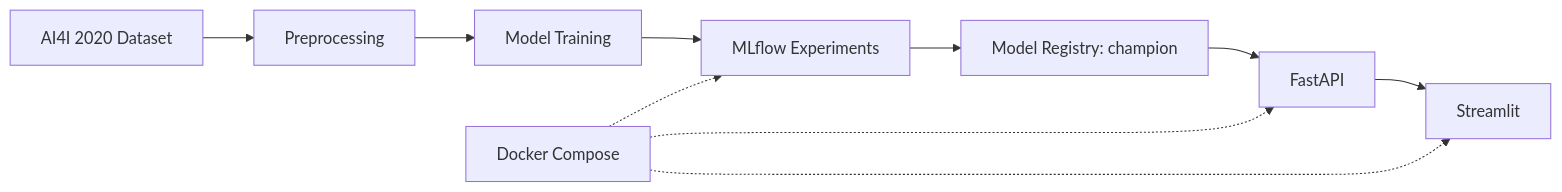
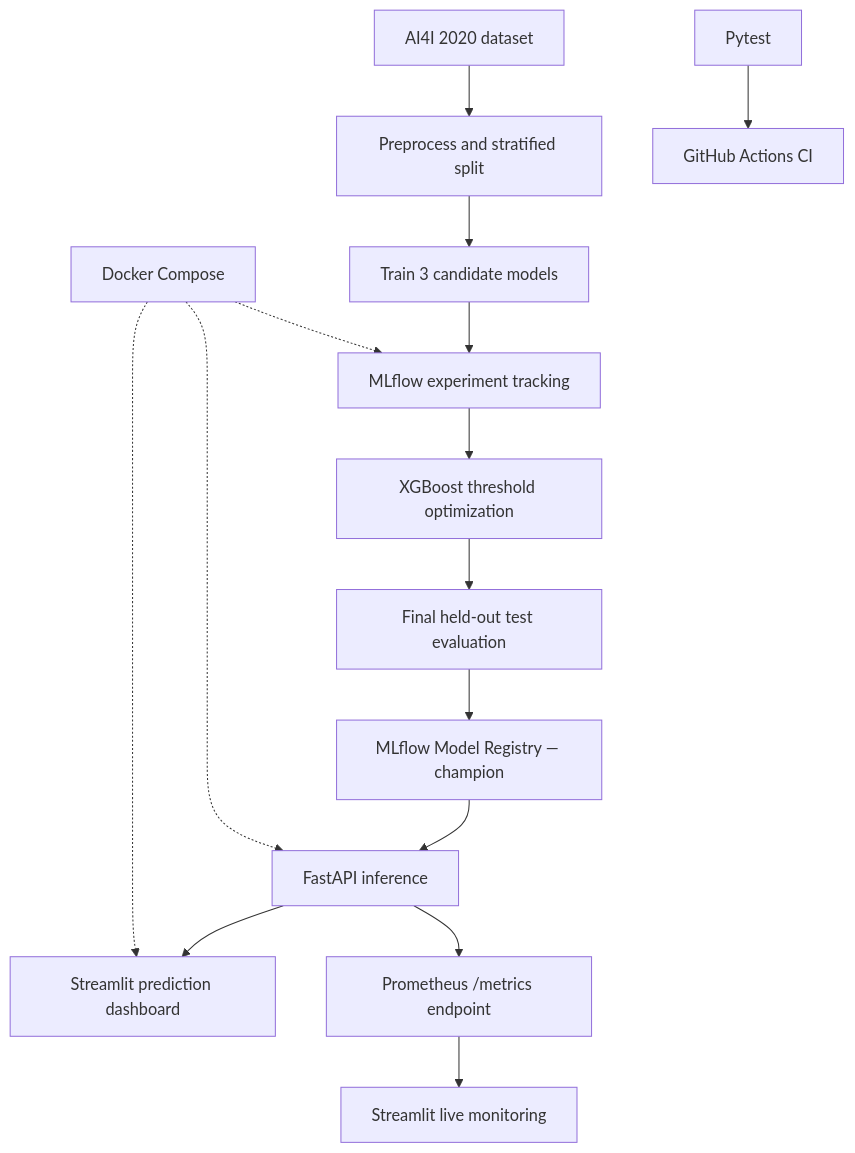
One commit to YoussefMouhi/MLflowOps changed the diagram in README.md. Above: the diagram before and after it, drawn with Mermaid. The commit also changed other lines of this file, not shown here.

Commit message:
docs: fully document MLflowOps CI and live monitoring

````diff
--- a/README.md
+++ b/README.md
@@ -13,12 +29,17 @@
 ```mermaid
-flowchart LR
-    A["AI4I 2020 Dataset"] --> B["Preprocessing"]
-    B --> C["Model Training"]
-    C --> D["MLflow Experiments"]
-    D --> E["Model Registry: champion"]
-    E --> F["FastAPI"]
-    F --> G["Streamlit"]
-    H["Docker Compose"] -.-> D
-    H -.-> F
-    H -.-> G
+flowchart TD
+    A["AI4I 2020 dataset"] --> B["Preprocess and stratified split"]
+    B --> C["Train 3 candidate models"]
+    C --> D["MLflow experiment tracking"]
+    D --> E["XGBoost threshold optimization"]
+    E --> F["Final held-out test evaluation"]
+    F --> G["MLflow Model Registry — champion"]
+    G --> H["FastAPI inference"]
+    H --> I["Streamlit prediction dashboard"]
+    H --> J["Prometheus /metrics endpoint"]
+    J --> K["Streamlit live monitoring"]
+    L["Pytest"] --> M["GitHub Actions CI"]
+    N["Docker Compose"] -.-> D
+    N -.-> H
+    N -.-> I
 ```
````
